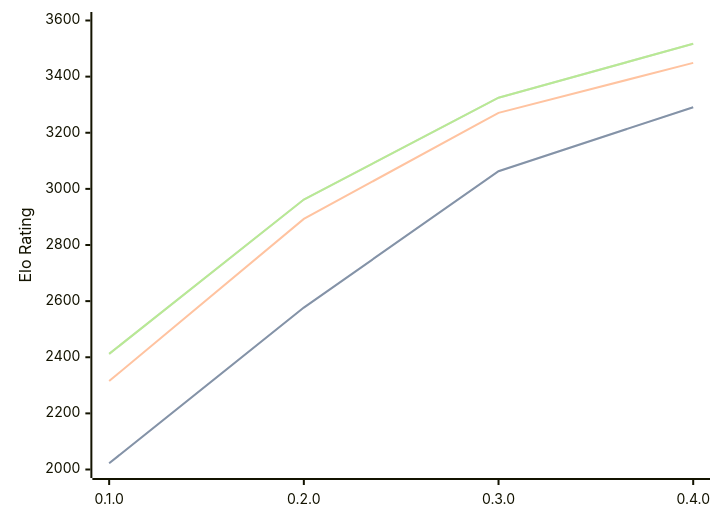
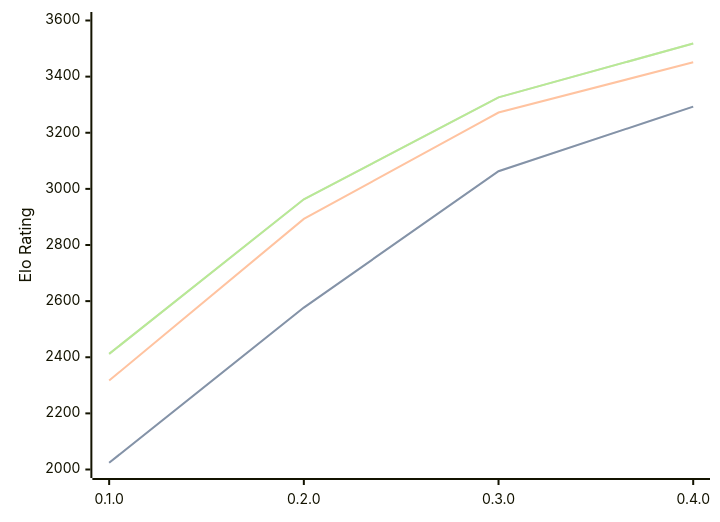
The diagram in engines/Justbot.md (computer-chess-index/cci), drawn with Mermaid before and after one commit. The commit also changed other lines of this file, not shown here.

Commit message:
Update CCI Ratings (ELO VLTC) - 2026-09-16

````diff
--- a/engines/Justbot.md
+++ b/engines/Justbot.md
@@ -34,11 +34,11 @@
 ```mermaid
 %%{init: {"theme":"base","themeVariables":{"seriesColors:['#a3a3a3','#222221','#faa371']}}}%%
 xychart-beta
   x-axis ["0.1.0", "0.2.0", "0.3.0", "0.4.0"]
   y-axis "Elo Rating" 2000 --> 3600
-  line "" [2022, 2577, 3063, 3291]
-  line "STC (8.0+0.08s)" [2022, 2577, 3063, 3291]
-  line "LTC (60.0+0.60s)" [2315, 2893, 3271, 3449]
-  line "" [2412, 2962, 3325, 3517]
-  line "VLTC (2m24s+1.12s)" [2412, 2962, 3325, 3517]
+  line "" [2024, 2577, 3063, 3293]
+  line "STC (8.0+0.08s)" [2024, 2577, 3063, 3293]
+  line "LTC (60.0+0.60s)" [2317, 2893, 3272, 3451]
+  line "" [2412, 2963, 3326, 3518]
+  line "VLTC (2m24s+1.12s)" [2412, 2963, 3326, 3518]
 ```
````
